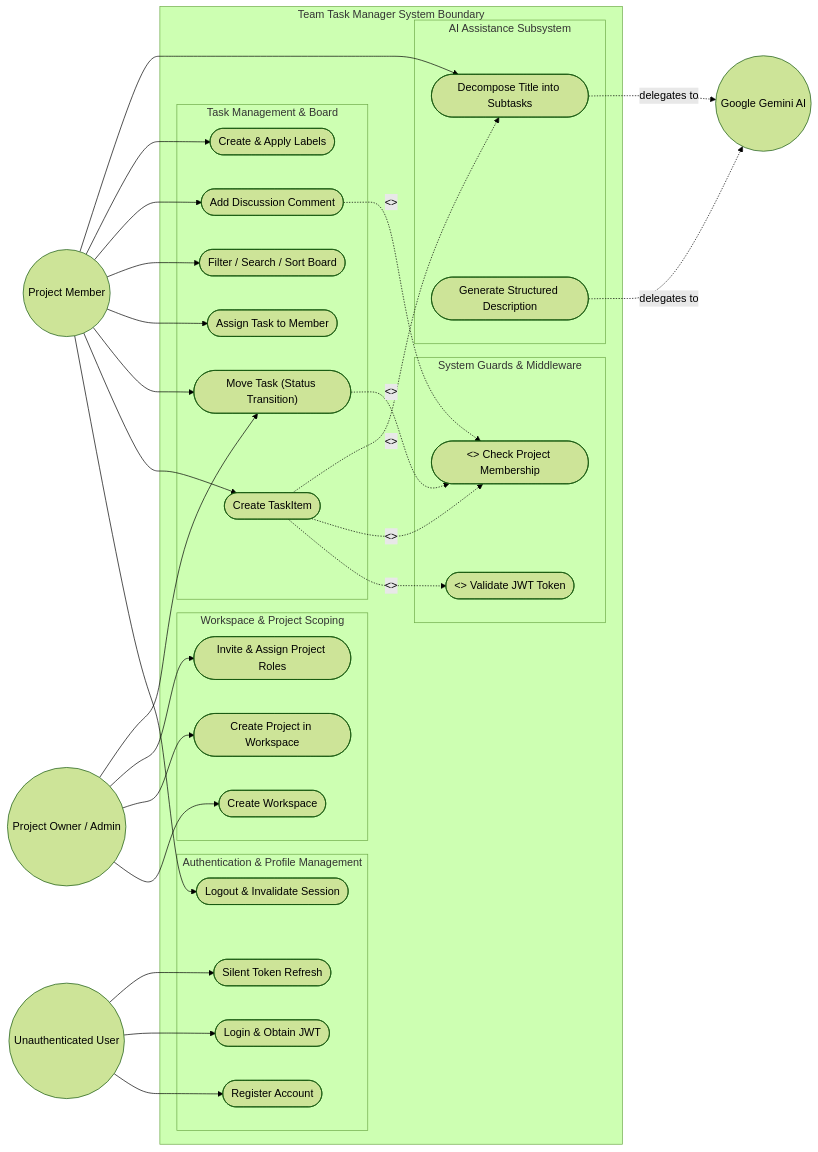
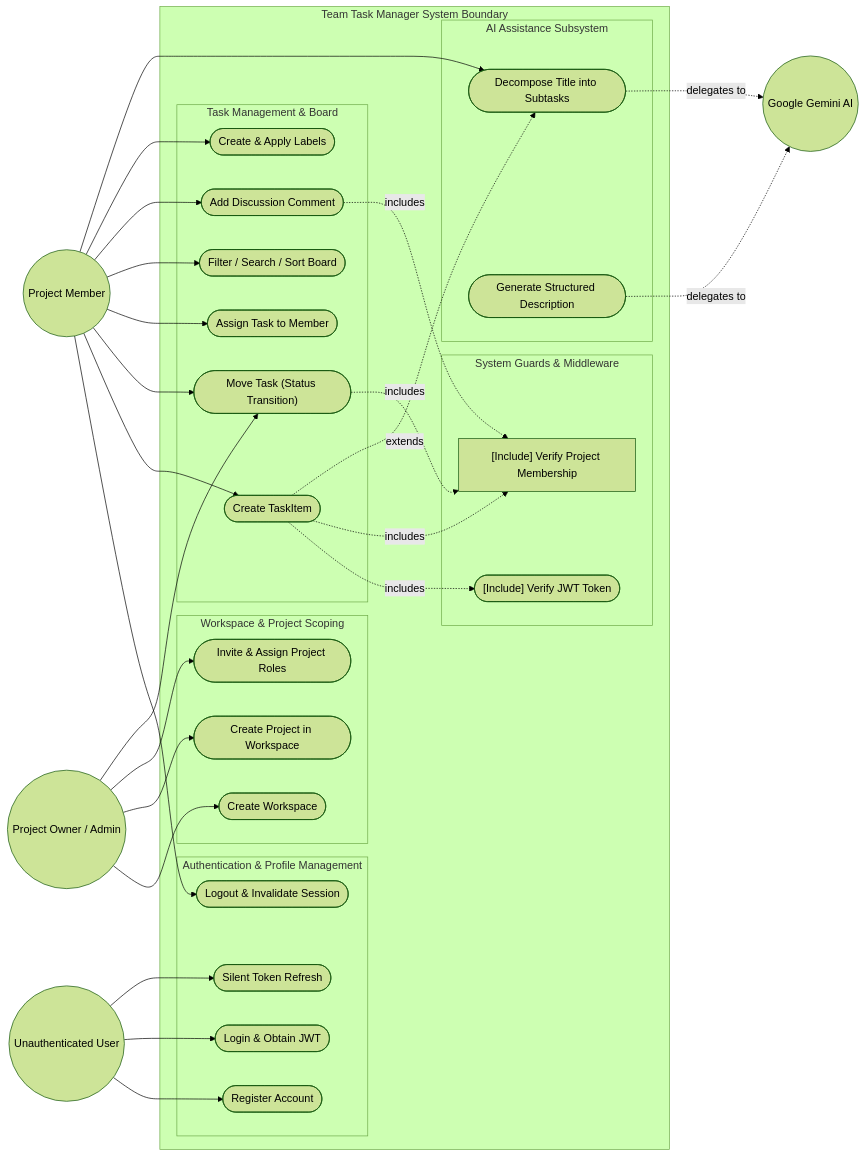
One commit to sshowmik007/team-task-manager changed the seventh of 11 diagrams in docs/Enginnering/README.md. Above: the diagram before and after it, drawn with Mermaid (forest theme). The commit also changed other lines of this file and 7 other files, not shown here.

First line of the commit message:
Add Identity registration and update diagrams

````diff
--- a/docs/Enginnering/README.md
+++ b/docs/Enginnering/README.md
@@ -610,71 +609,71 @@
 ```mermaid
 flowchart LR
     %% Actors
     ANON((Unauthenticated User))
     MEMBER((Project Member))
     OWNER((Project Owner / Admin))
     AI_BOT((Google Gemini AI))
 
     subgraph SYSTEM_BOUNDARY["Team Task Manager System Boundary"]
         subgraph UC_AUTH["Authentication & Profile Management"]
             UC_REG(["Register Account"])
             UC_LOGIN(["Login & Obtain JWT"])
             UC_REFRESH(["Silent Token Refresh"])
             UC_LOGOUT(["Logout & Invalidate Session"])
         end
 
         subgraph UC_WORKSPACE["Workspace & Project Scoping"]
             UC_CREATE_WS(["Create Workspace"])
             UC_CREATE_PROJ(["Create Project in Workspace"])
             UC_MANAGE_MEMBERS(["Invite & Assign Project Roles"])
         end
 
         subgraph UC_TASK["Task Management & Board"]
             UC_CREATE_TASK(["Create TaskItem"])
             UC_TRANS_STATUS(["Move Task (Status Transition)"])
             UC_ASSIGN_TASK(["Assign Task to Member"])
             UC_FILTER_TASK(["Filter / Search / Sort Board"])
             UC_ADD_COMMENT(["Add Discussion Comment"])
             UC_MANAGE_LABEL(["Create & Apply Labels"])
         end
 
         subgraph UC_AI["AI Assistance Subsystem"]
             UC_AI_BREAKDOWN(["Decompose Title into Subtasks"])
             UC_AI_DESC(["Generate Structured Description"])
         end
 
         subgraph UC_GUARDS["System Guards & Middleware"]
-            UC_VERIFY_JWT(["<<include>> Validate JWT Token"])
-            UC_CHECK_MEMBERSHIP(["<<include>> Check Project Membership"])
+            G_AUTH(["[Include] Verify JWT Token"])
+            G_MEM["[Include] Verify Project Membership"]
         end
     end
 
     %% Actor Connections
     ANON --> UC_REG
     ANON --> UC_LOGIN
     ANON --> UC_REFRESH
 
     MEMBER --> UC_LOGOUT
     MEMBER --> UC_CREATE_TASK
     MEMBER --> UC_TRANS_STATUS
     MEMBER --> UC_ASSIGN_TASK
     MEMBER --> UC_FILTER_TASK
     MEMBER --> UC_ADD_COMMENT
     MEMBER --> UC_MANAGE_LABEL
     MEMBER --> UC_AI_BREAKDOWN
 
     OWNER --> UC_CREATE_WS
     OWNER --> UC_CREATE_PROJ
     OWNER --> UC_MANAGE_MEMBERS
     OWNER --> UC_TRANS_STATUS
 
     UC_AI_BREAKDOWN -.->|delegates to| AI_BOT
     UC_AI_DESC -.->|delegates to| AI_BOT
 
     %% Include / Extend relationships
-    UC_CREATE_TASK -.->|<<include>>| UC_VERIFY_JWT
-    UC_CREATE_TASK -.->|<<include>>| UC_CHECK_MEMBERSHIP
-    UC_TRANS_STATUS -.->|<<include>>| UC_CHECK_MEMBERSHIP
-    UC_ADD_COMMENT -.->|<<include>>| UC_CHECK_MEMBERSHIP
-    UC_CREATE_TASK -.->|<<extend>>| UC_AI_BREAKDOWN
+    UC_CREATE_TASK -.->|includes| G_AUTH
+    UC_CREATE_TASK -.->|includes| G_MEM
+    UC_TRANS_STATUS -.->|includes| G_MEM
+    UC_ADD_COMMENT -.->|includes| G_MEM
+    UC_CREATE_TASK -.->|extends| UC_AI_BREAKDOWN
 ```
````
